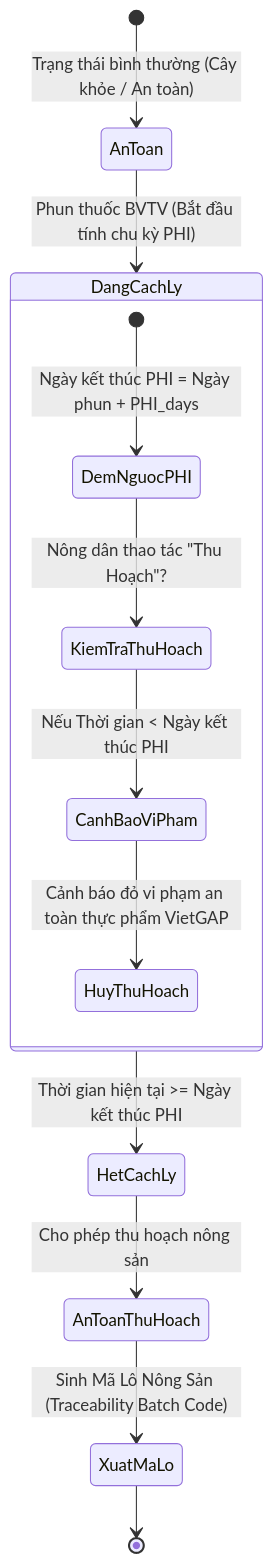
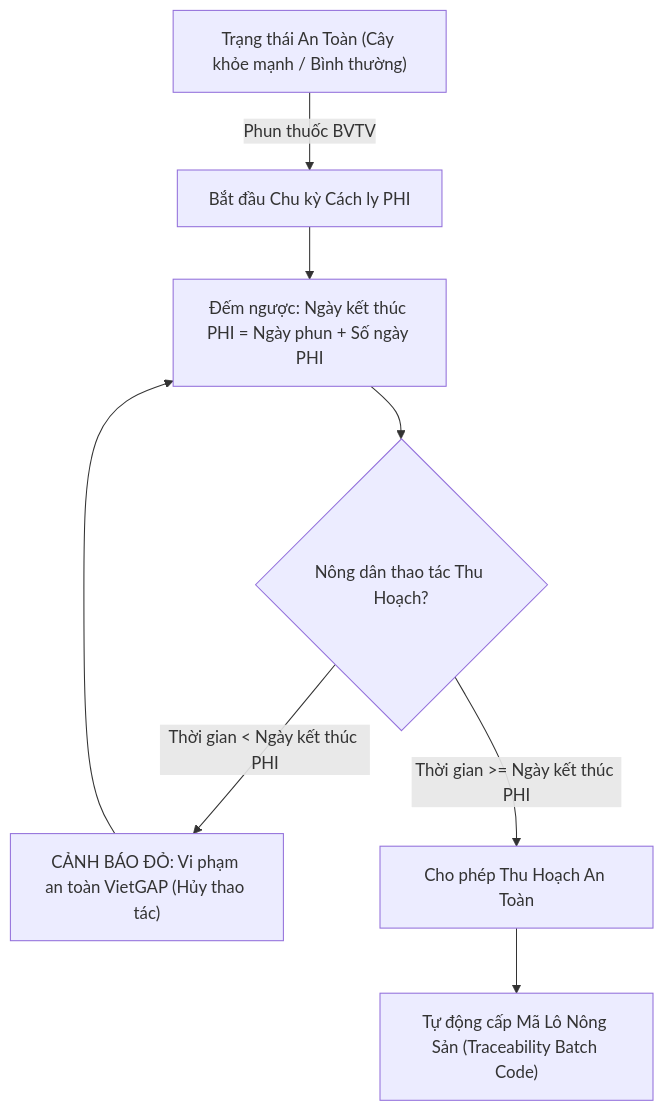
The fourth of 6 diagrams in README.md (Phuc0901-pp/plant-book), drawn with Mermaid before and after one commit. The commit also changed other lines of this file, not shown here.

Commit message:
fix(docs): fix Mermaid diagram syntax and layout compatibility for GitHub rendering

````diff
--- a/README.md
+++ b/README.md
@@ -228,18 +231,12 @@
 ```mermaid
-stateDiagram-v2
-    [*] --> AnToan: Trạng thái bình thường (Cây khỏe / An toàn)
+flowchart TD
+    S1["Trạng thái An Toàn (Cây khỏe mạnh / Bình thường)"] -->|"Phun thuốc BVTV"| S2["Bắt đầu Chu kỳ Cách ly PHI"]
+    S2 --> S3["Đếm ngược: Ngày kết thúc PHI = Ngày phun + Số ngày PHI"]
     
-    AnToan --> DangCachLy: Phun thuốc BVTV (Bắt đầu tính chu kỳ PHI)
+    S3 --> S4{"Nông dân thao tác Thu Hoạch?"}
+    S4 -->|"Thời gian < Ngày kết thúc PHI"| S5["CẢNH BÁO ĐỎ: Vi phạm an toàn VietGAP (Hủy thao tác)"]
+    S5 --> S3
     
-    state DangCachLy {
-        [*] --> DemNguocPHI: Ngày kết thúc PHI = Ngày phun + PHI_days
-        DemNguocPHI --> KiemTraThuHoach: Nông dân thao tác "Thu Hoạch"?
-        KiemTraThuHoach --> CanhBaoViPham: Nếu Thời gian < Ngày kết thúc PHI
-        CanhBaoViPham --> HuyThuHoach: Cảnh báo đỏ vi phạm an toàn thực phẩm VietGAP
-    }
-    
-    DangCachLy --> HetCachLy: Thời gian hiện tại >= Ngày kết thúc PHI
-    HetCachLy --> AnToanThuHoach: Cho phép thu hoạch nông sản
-    AnToanThuHoach --> XuatMaLo: Sinh Mã Lô Nông Sản (Traceability Batch Code)
-    XuatMaLo --> [*]
+    S4 -->|"Thời gian >= Ngày kết thúc PHI"| S6["Cho phép Thu Hoạch An Toàn"]
+    S6 --> S7["Tự động cấp Mã Lô Nông Sản (Traceability Batch Code)"]
 ```
````
